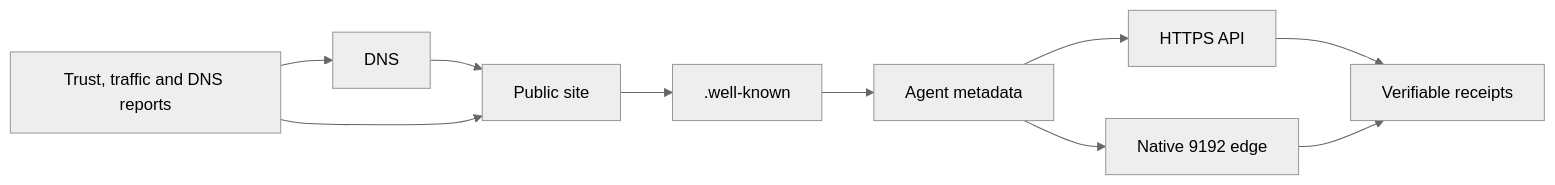
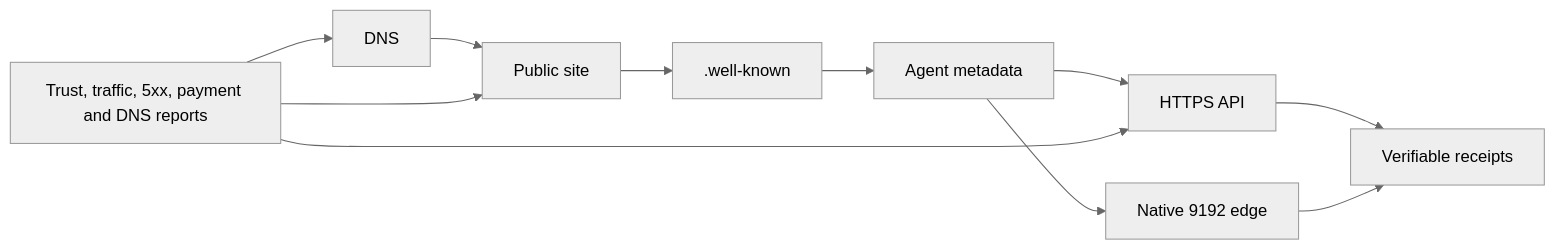
The diagram in site/discovery-map.md (Nublos-9192/9192-public), drawn with Mermaid (neutral theme) before and after one commit. The commit also changed other lines of this file and 23 other files, not shown here.

````diff
--- a/site/discovery-map.md
+++ b/site/discovery-map.md
@@ -10,12 +10,13 @@
 ```mermaid
 flowchart LR
   dns[DNS] --> site[Public site]
   site --> wellknown[.well-known]
   wellknown --> agents[Agent metadata]
   agents --> api[HTTPS API]
   agents --> edge[Native 9192 edge]
   api --> receipts[Verifiable receipts]
   edge --> receipts
-  reports[Trust, traffic and DNS reports] --> dns
+  reports[Trust, traffic, 5xx, payment and DNS reports] --> dns
   reports --> site
+  reports --> api
 ```
````
